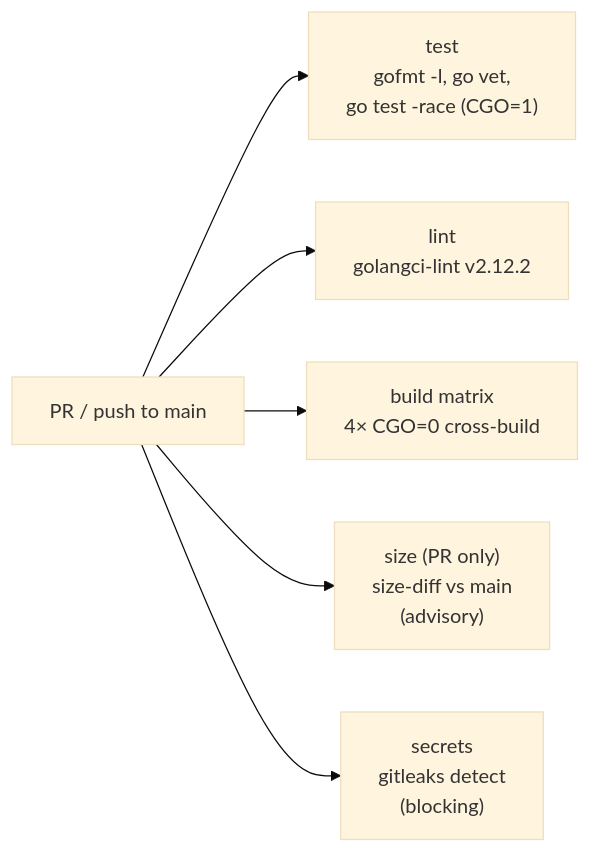
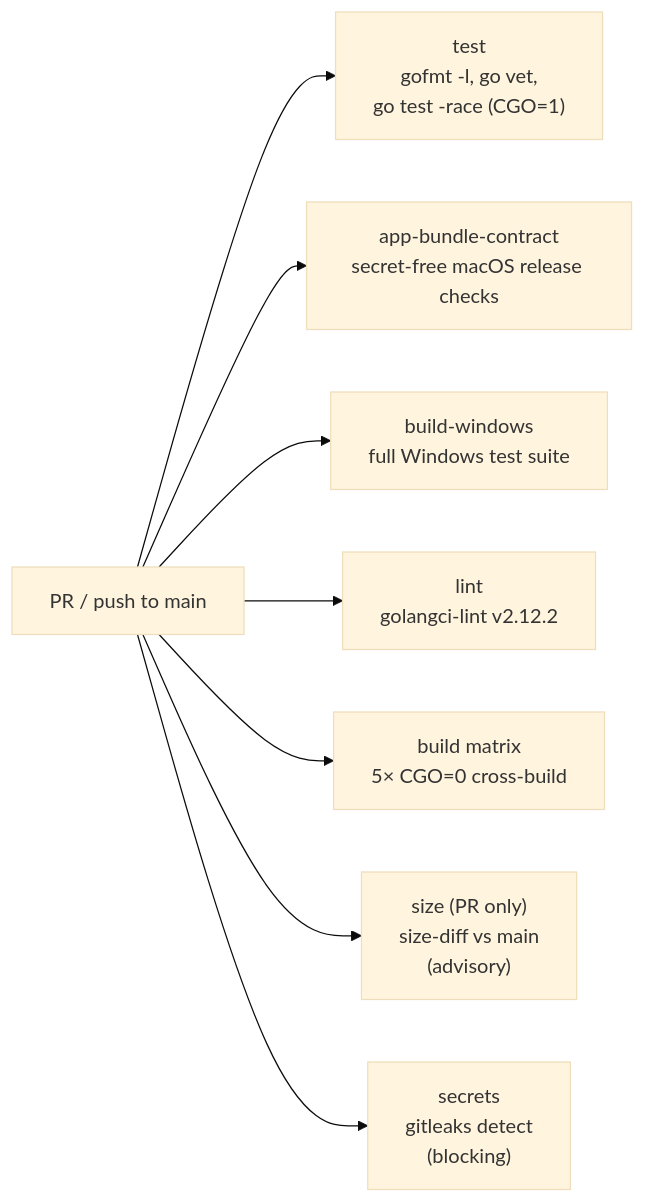
Before and after one commit to pyranthus-hq/mora: the third of 3 diagrams in docs/architecture/10-distribution-and-ops.md, drawn with Mermaid (base theme). The commit also changed other lines of this file and 6 other files, not shown here.

First line of the commit message:
docs: reconcile architecture with current source

````diff
--- a/docs/architecture/10-distribution-and-ops.md
+++ b/docs/architecture/10-distribution-and-ops.md
@@ -267,8 +265,10 @@
 ```mermaid
 flowchart LR
     pr["PR / push to main"] --> test["test<br/>gofmt -l, go vet,<br/>go test -race (CGO=1)"]
+    pr --> app["app-bundle-contract<br/>secret-free macOS release checks"]
+    pr --> windows["build-windows<br/>full Windows test suite"]
     pr --> lint["lint<br/>golangci-lint v2.12.2"]
-    pr --> build["build matrix<br/>4× CGO=0 cross-build"]
+    pr --> build["build matrix<br/>5× CGO=0 cross-build"]
     pr --> size["size (PR only)<br/>size-diff vs main<br/>(advisory)"]
     pr --> secrets["secrets<br/>gitleaks detect<br/>(blocking)"]
 ```
````
